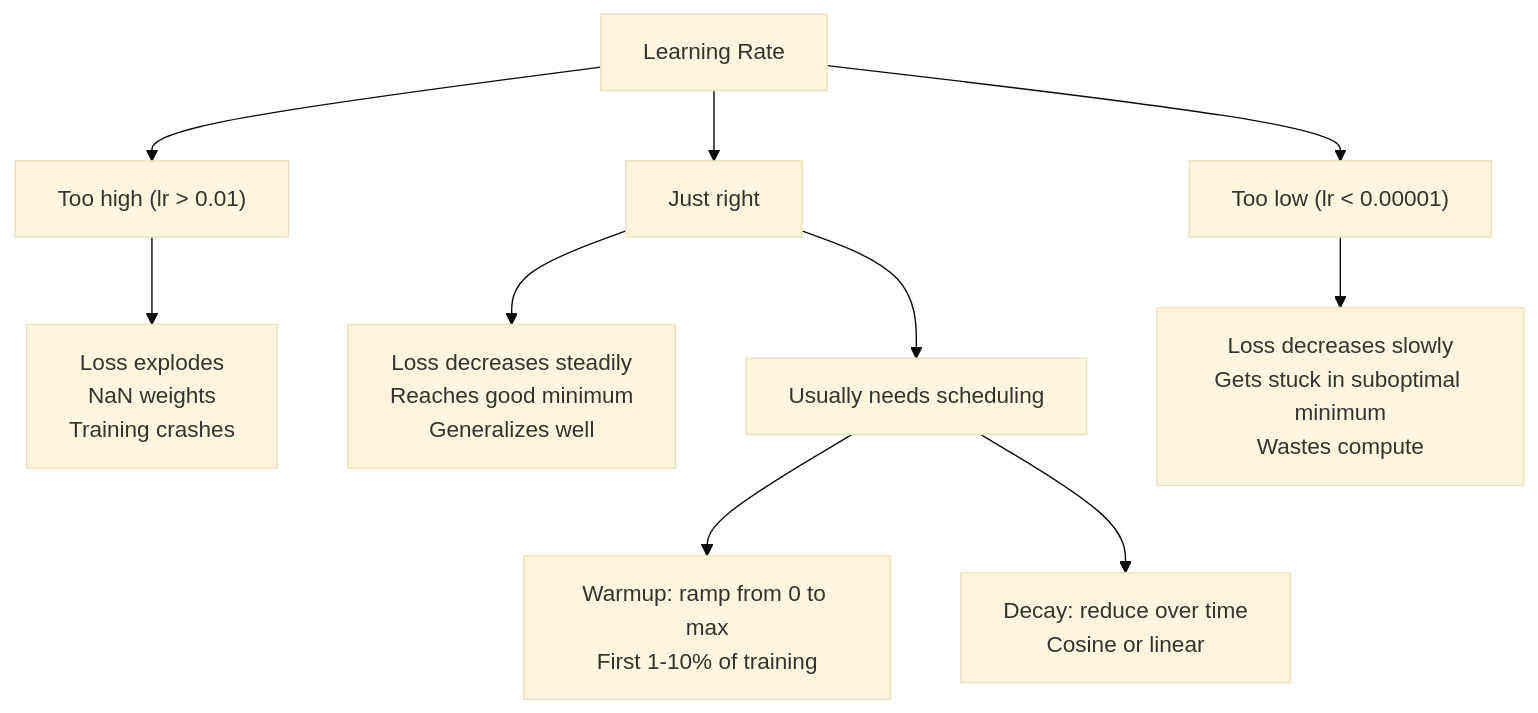
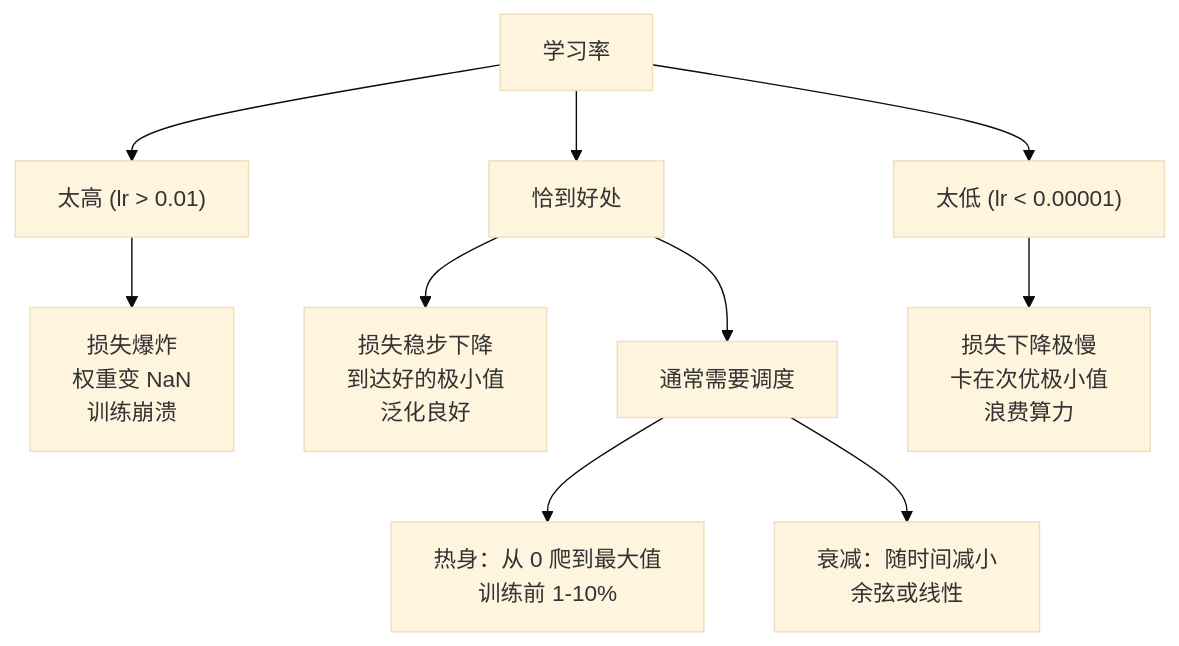
One commit to alessandrodinisio-ai/ai-engineering-learning-framework changed the first of 3 diagrams in phases/03-deep-learning-core/06-optimizers/docs/zh.md. Above: the diagram before and after it, drawn with Mermaid (base theme). The commit also changed other lines of this file and 120 other files, not shown here.

First line of the commit message:
i18n(mermaid): 337 个 mermaid 图表标签中文化

````diff
--- a/phases/03-deep-learning-core/06-optimizers/docs/zh.md
+++ b/phases/03-deep-learning-core/06-optimizers/docs/zh.md
@@ -119,14 +119,14 @@
 ```mermaid
 graph TD
-    LR["Learning Rate"] --> TooHigh["Too high (lr > 0.01)"]
-    LR --> JustRight["Just right"]
-    LR --> TooLow["Too low (lr < 0.00001)"]
+    LR["学习率"] --> TooHigh["太高 (lr > 0.01)"]
+    LR --> JustRight["恰到好处"]
+    LR --> TooLow["太低 (lr < 0.00001)"]
 
-    TooHigh --> Diverge["Loss explodes<br/>NaN weights<br/>Training crashes"]
-    JustRight --> Converge["Loss decreases steadily<br/>Reaches good minimum<br/>Generalizes well"]
-    TooLow --> Stall["Loss decreases slowly<br/>Gets stuck in suboptimal minimum<br/>Wastes compute"]
+    TooHigh --> Diverge["损失爆炸<br/>权重变 NaN<br/>训练崩溃"]
+    JustRight --> Converge["损失稳步下降<br/>到达好的极小值<br/>泛化良好"]
+    TooLow --> Stall["损失下降极慢<br/>卡在次优极小值<br/>浪费算力"]
 
-    JustRight --> Schedule["Usually needs scheduling"]
-    Schedule --> Warmup["Warmup: ramp from 0 to max<br/>First 1-10% of training"]
-    Schedule --> Decay["Decay: reduce over time<br/>Cosine or linear"]
+    JustRight --> Schedule["通常需要调度"]
+    Schedule --> Warmup["热身：从 0 爬到最大值<br/>训练前 1-10%"]
+    Schedule --> Decay["衰减：随时间减小<br/>余弦或线性"]
 ```
````
